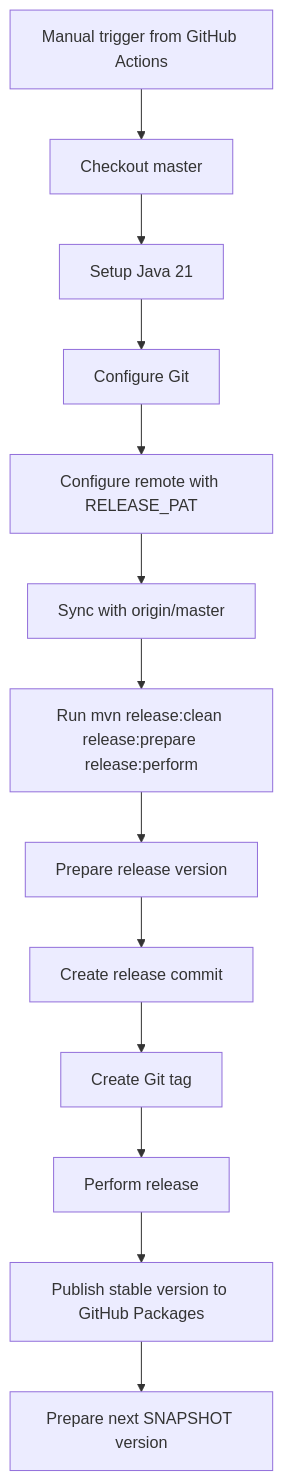
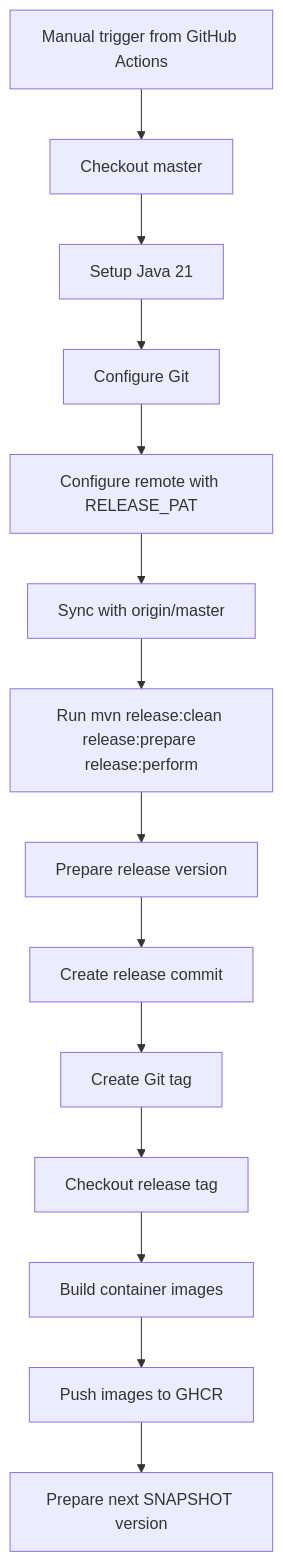
The third of 4 diagrams in docs/github_ci.md (kaninda/spring-boot-aggregator-loom), drawn with Mermaid before and after one commit. The commit also changed other lines of this file, not shown here.

Commit message:
feat: Update docs for oci images (#20)

````diff
--- a/docs/github_ci.md
+++ b/docs/github_ci.md
@@ -147,16 +214,21 @@
 ```mermaid
 flowchart TD
     A[Manual trigger from GitHub Actions] --> B[Checkout master]
     B --> C[Setup Java 21]
     C --> D[Configure Git]
     D --> E[Configure remote with RELEASE_PAT]
     E --> F[Sync with origin/master]
+
     F --> G[Run mvn release:clean release:prepare release:perform]
 
     G --> H[Prepare release version]
     H --> I[Create release commit]
     I --> J[Create Git tag]
-    J --> K[Perform release]
-    K --> L[Publish stable version to GitHub Packages]
-    L --> M[Prepare next SNAPSHOT version]
+
+    J --> K[Checkout release tag]
+
+    K --> L[Build container images]
+    L --> M[Push images to GHCR]
+
+    M --> N[Prepare next SNAPSHOT version]
 ```
````
